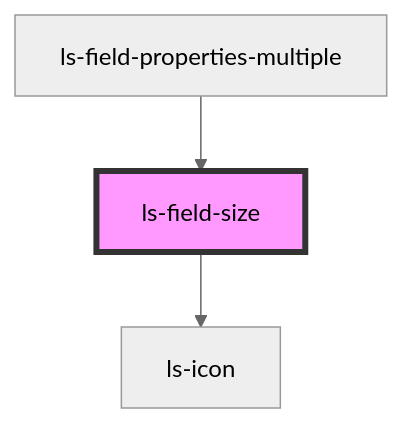
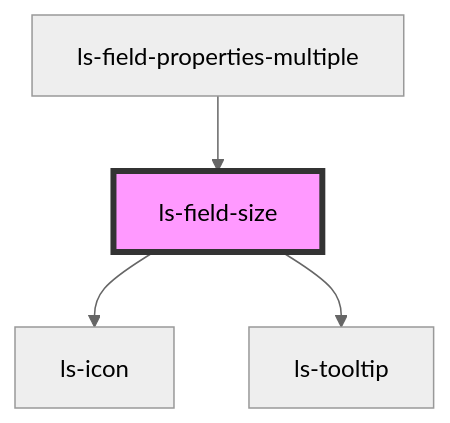
The diagram in src/components/ls-field-size/readme.md (legalesign/ls-document-viewer), drawn with Mermaid (neutral theme) before and after one commit. The commit also changed other lines of this file and 34 other files, not shown here.

````diff
--- a/src/components/ls-field-size/readme.md
+++ b/src/components/ls-field-size/readme.md
@@ -34,6 +35,7 @@
 ```mermaid
 graph TD;
   ls-field-size --> ls-icon
+  ls-field-size --> ls-tooltip
   ls-field-properties-multiple --> ls-field-size
   style ls-field-size fill:#f9f,stroke:#333,stroke-width:4px
 ```
````
